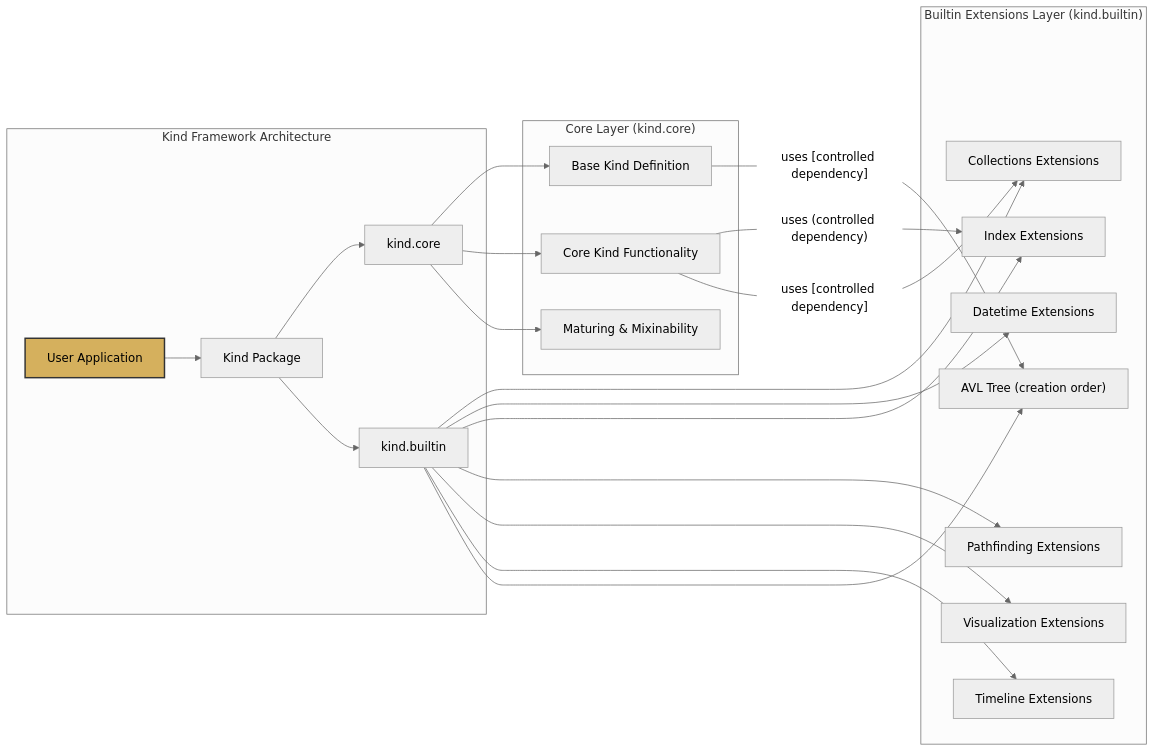
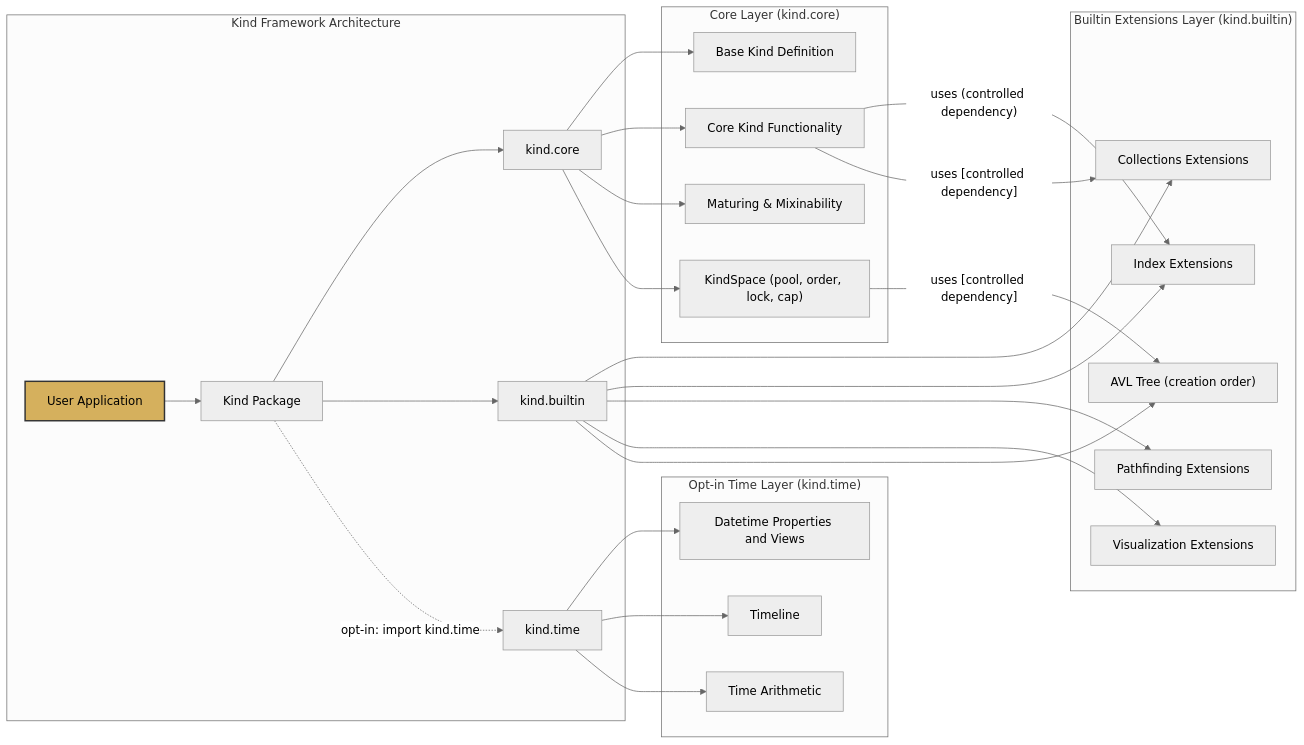
One commit to ikko/kind changed the diagram in docs/topics/3_layered_architecture/layered_architecture-lr.mmd. Above: the diagram before and after it, drawn with Mermaid (neutral theme). The commit also changed 78 other files, not shown here.

First line of the commit message:
v0.2.0: KindSpace makes the global state explicit; time is opt-in; scheduling is its own package

```diff
--- a/docs/topics/3_layered_architecture/layered_architecture-lr.mmd
+++ b/docs/topics/3_layered_architecture/layered_architecture-lr.mmd
@@ -1,30 +1,36 @@
 graph LR
     subgraph "Kind Framework Architecture"
         A[User Application] --> B[Kind Package];
         B --> C[kind.core];
         B --> D[kind.builtin];
+        B -. "opt-in: import kind.time" .-> T[kind.time];
     end
 
     subgraph "Core Layer #40;kind.core#41;"
         C --> C1[Base Kind Definition];
         C --> C2[Core Kind Functionality];
         C --> C3[Maturing & Mixinability];
+        C --> C4[KindSpace #40;pool, order, lock, cap#41;];
     end
 
     subgraph "Builtin Extensions Layer #40;kind.builtin#41;"
         D --> D1[Collections Extensions];
-        D --> D2[Datetime Extensions];
         D --> D3[Index Extensions];
         D --> D4[Pathfinding Extensions];
         D --> D5[Visualization Extensions];
-        D --> D6[Timeline Extensions];
         D --> D7[AVL Tree #40;creation order#41;];
+    end
+
+    subgraph "Opt-in Time Layer #40;kind.time#41;"
+        T --> T1[Datetime Properties and Views];
+        T --> T2[Timeline];
+        T --> T3[Time Arithmetic];
     end
 
     C2 -- "uses #40;controlled dependency#41;" --> D3;
     C2 -- "uses [controlled dependency]" --> D1;
-    C1 -- "uses [controlled dependency]" --> D7;
+    C4 -- "uses [controlled dependency]" --> D7;
 
     style A fill:#d5b05d,stroke:#333,stroke-width:2px,color:#000000;
 
     style A fill:#d5b05d,stroke:#333,stroke-width:2px,color:#000000;
```
